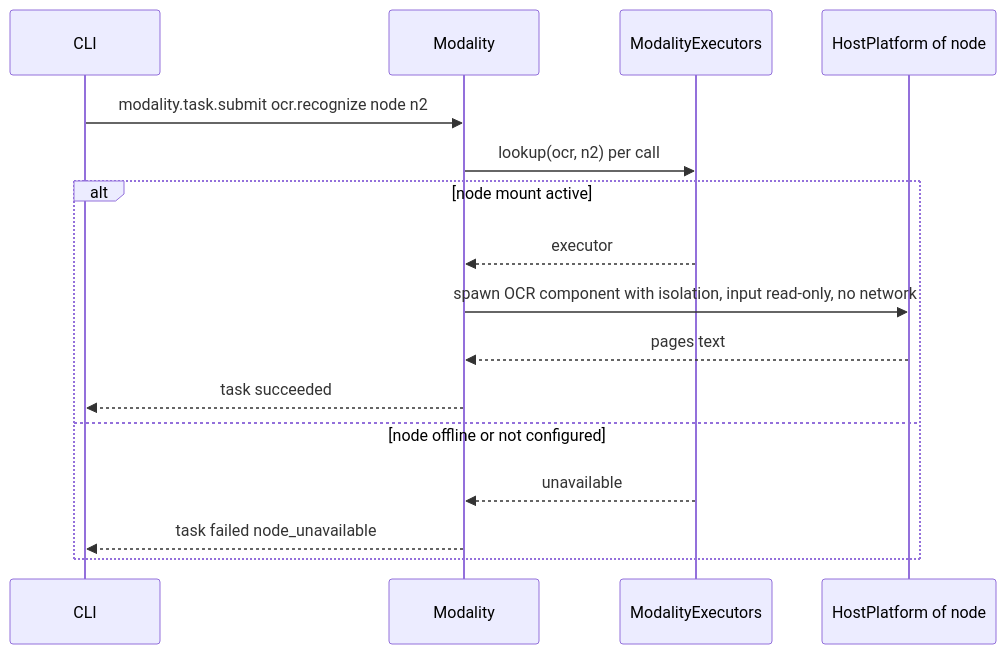
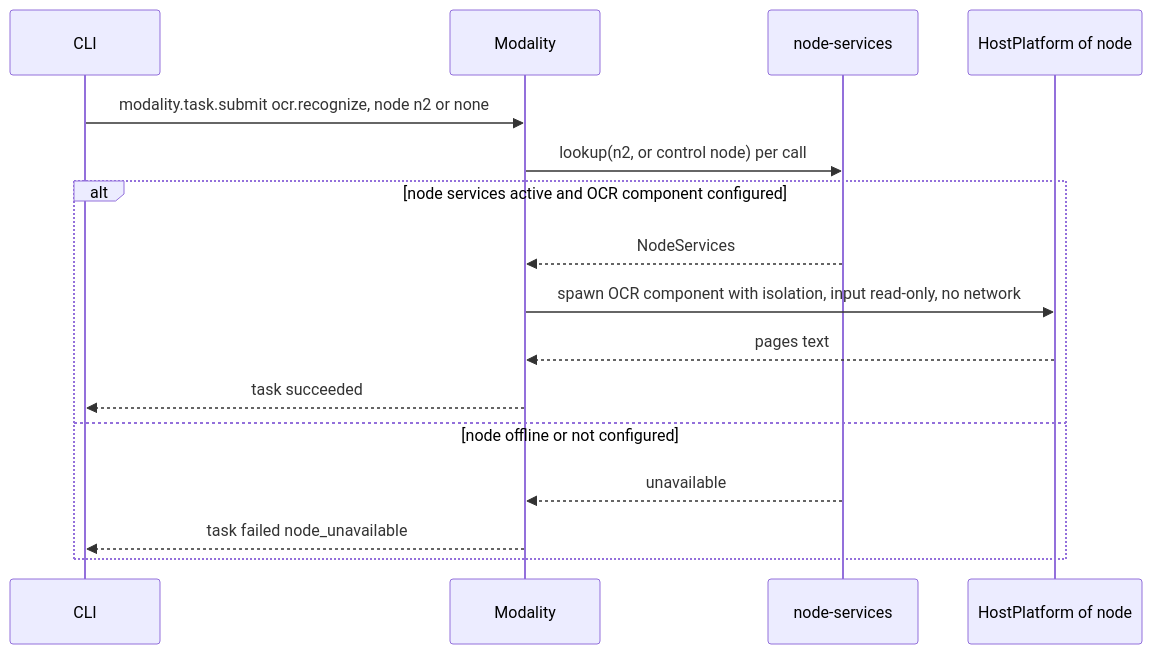
One commit to CoutinhoTTS/dim-agent changed the fourth of 6 diagrams in docs/design/plugins/Modality.md. Above: the diagram before and after it, drawn with Mermaid. The commit also changed other lines of this file and 3 other files, not shown here.

````diff
--- a/docs/design/plugins/Modality.md
+++ b/docs/design/plugins/Modality.md
@@ -115,18 +109,18 @@
 ```mermaid
 sequenceDiagram
   participant C as CLI
   participant D as Modality
-  participant X as ModalityExecutors
+  participant X as node-services
   participant H as HostPlatform of node
-  C->>D: modality.task.submit ocr.recognize node n2
-  D->>X: lookup(ocr, n2) per call
-  alt node mount active
-    X-->>D: executor
+  C->>D: modality.task.submit ocr.recognize, node n2 or none
+  D->>X: lookup(n2, or control node) per call
+  alt node services active and OCR component configured
+    X-->>D: NodeServices
     D->>H: spawn OCR component with isolation, input read-only, no network
     H-->>D: pages text
     D-->>C: task succeeded
   else node offline or not configured
     X-->>D: unavailable
     D-->>C: task failed node_unavailable
   end
 ```
````
